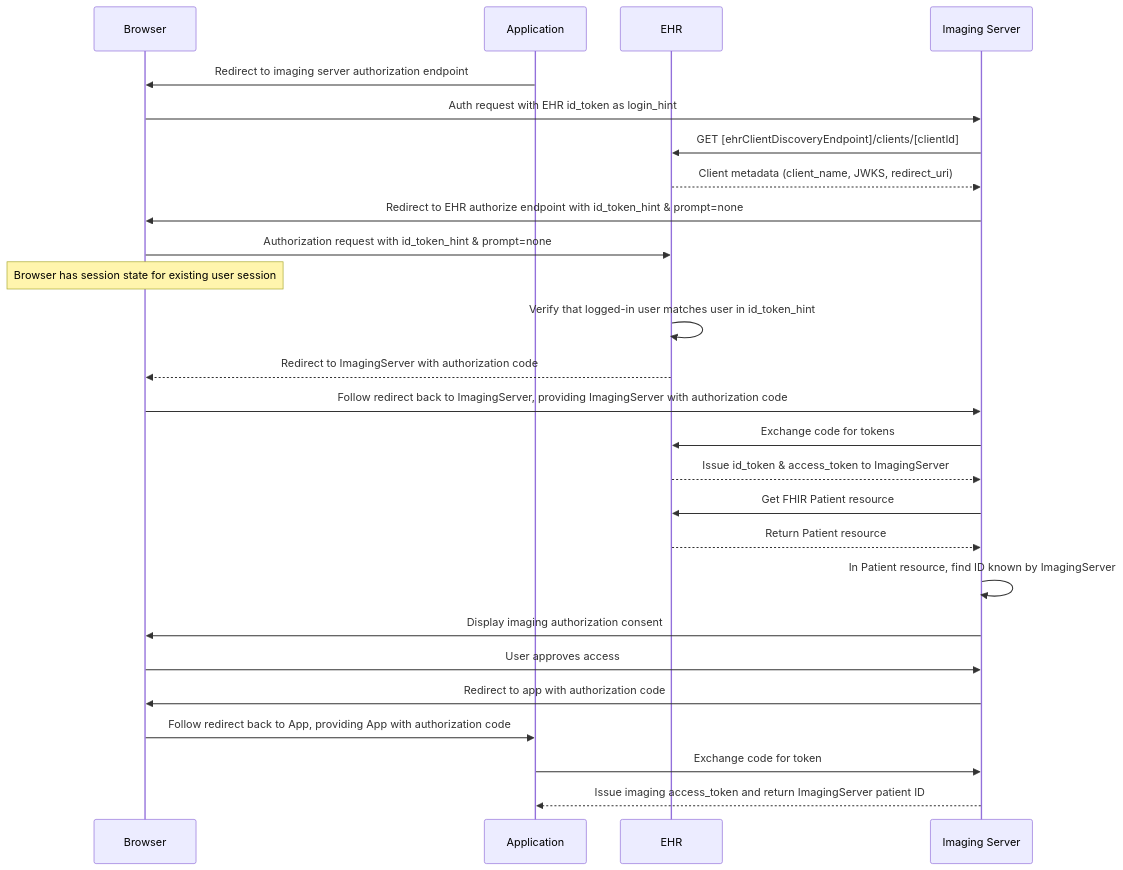
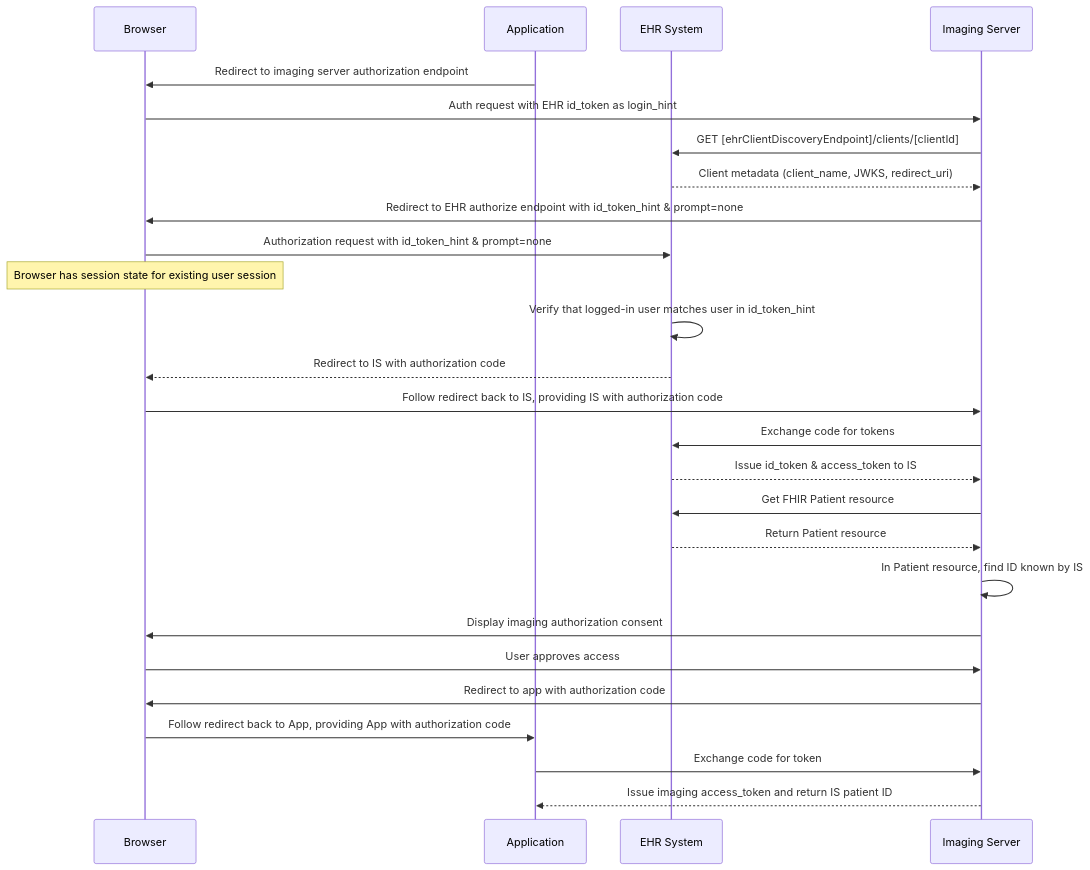
One commit to bvdh/smart-multi-auth changed the third of 4 diagrams in input/pagecontent/solution-dual-smart-launch.md. Above: the diagram before and after it, drawn with Mermaid. The commit also changed other lines of this file, not shown here.

Commit message:
ImagingServer -> IS

````diff
--- a/input/pagecontent/solution-dual-smart-launch.md
+++ b/input/pagecontent/solution-dual-smart-launch.md
@@ -132,31 +132,31 @@
 ```mermaid
 sequenceDiagram
     participant Browser
     participant App as Application
-    participant EHR
-    participant ImagingServer as Imaging Server
+    participant EHR as EHR System
+    participant IS as Imaging Server
     
     App->>Browser: Redirect to imaging server authorization endpoint
-    Browser->>ImagingServer: Auth request with EHR id_token as login_hint
-    ImagingServer->>EHR: GET [ehrClientDiscoveryEndpoint]/clients/[clientId]
-    EHR-->>ImagingServer: Client metadata (client_name, JWKS, redirect_uri)
-    ImagingServer->>Browser: Redirect to EHR authorize endpoint with id_token_hint & prompt=none
+    Browser->>IS: Auth request with EHR id_token as login_hint
+    IS->>EHR: GET [ehrClientDiscoveryEndpoint]/clients/[clientId]
+    EHR-->>IS: Client metadata (client_name, JWKS, redirect_uri)
+    IS->>Browser: Redirect to EHR authorize endpoint with id_token_hint & prompt=none
     Browser->>EHR: Authorization request with id_token_hint & prompt=none
     Note over Browser: Browser has session state for existing user session 
     EHR->>EHR: Verify that logged-in user matches user in id_token_hint
-    EHR-->>Browser: Redirect to ImagingServer with authorization code
-    Browser->>ImagingServer: Follow redirect back to ImagingServer, providing ImagingServer with authorization code
-    ImagingServer->>EHR: Exchange code for tokens
-    EHR-->>ImagingServer: Issue id_token & access_token to ImagingServer 
+    EHR-->>Browser: Redirect to IS with authorization code
+    Browser->>IS: Follow redirect back to IS, providing IS with authorization code
+    IS->>EHR: Exchange code for tokens
+    EHR-->>IS: Issue id_token & access_token to IS 
     
-    ImagingServer->>EHR: Get FHIR Patient resource
-    EHR-->>ImagingServer: Return Patient resource
-    ImagingServer->>ImagingServer: In Patient resource, find ID known by ImagingServer
+    IS->>EHR: Get FHIR Patient resource
+    EHR-->>IS: Return Patient resource
+    IS->>IS: In Patient resource, find ID known by IS
     
-    ImagingServer->>Browser: Display imaging authorization consent
-    Browser->>ImagingServer: User approves access
-    ImagingServer->>Browser: Redirect to app with authorization code
+    IS->>Browser: Display imaging authorization consent
+    Browser->>IS: User approves access
+    IS->>Browser: Redirect to app with authorization code
     Browser->>App: Follow redirect back to App, providing App with authorization code
-    App->>ImagingServer: Exchange code for token
-    ImagingServer-->>App: Issue imaging access_token and return ImagingServer patient ID
+    App->>IS: Exchange code for token
+    IS-->>App: Issue imaging access_token and return IS patient ID
 ```
````
